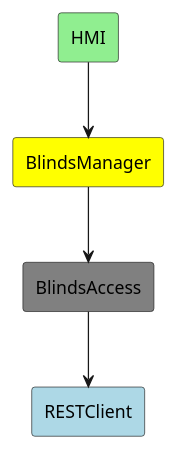
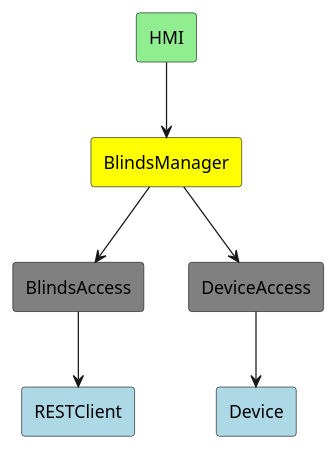
One commit to k-phi/M5Core2BlindsController changed the diagram in documentation/diagrams/call-chain-move-blinds.puml. Above: the diagram before and after it, drawn with PlantUML. The commit also changed 5 other files, not shown here.

Commit message:
Update architecture according to latest insights

```diff
--- a/documentation/diagrams/call-chain-move-blinds.puml
+++ b/documentation/diagrams/call-chain-move-blinds.puml
@@ -1,14 +1,18 @@
 @startuml Chall Chain Move Blinds
 
 skinparam ComponentStyle rectangle
 
 [HMI] #LightGreen
 [BlindsManager] #Yellow
 [BlindsAccess] #Grey
+[DeviceAccess] #Grey
 [RESTClient] #LightBlue
+[Device] #LightBlue
 
 HMI --> BlindsManager
 BlindsManager --> BlindsAccess
+BlindsManager --> DeviceAccess
 BlindsAccess --> RESTClient
+DeviceAccess --> Device
 
 @enduml
```
